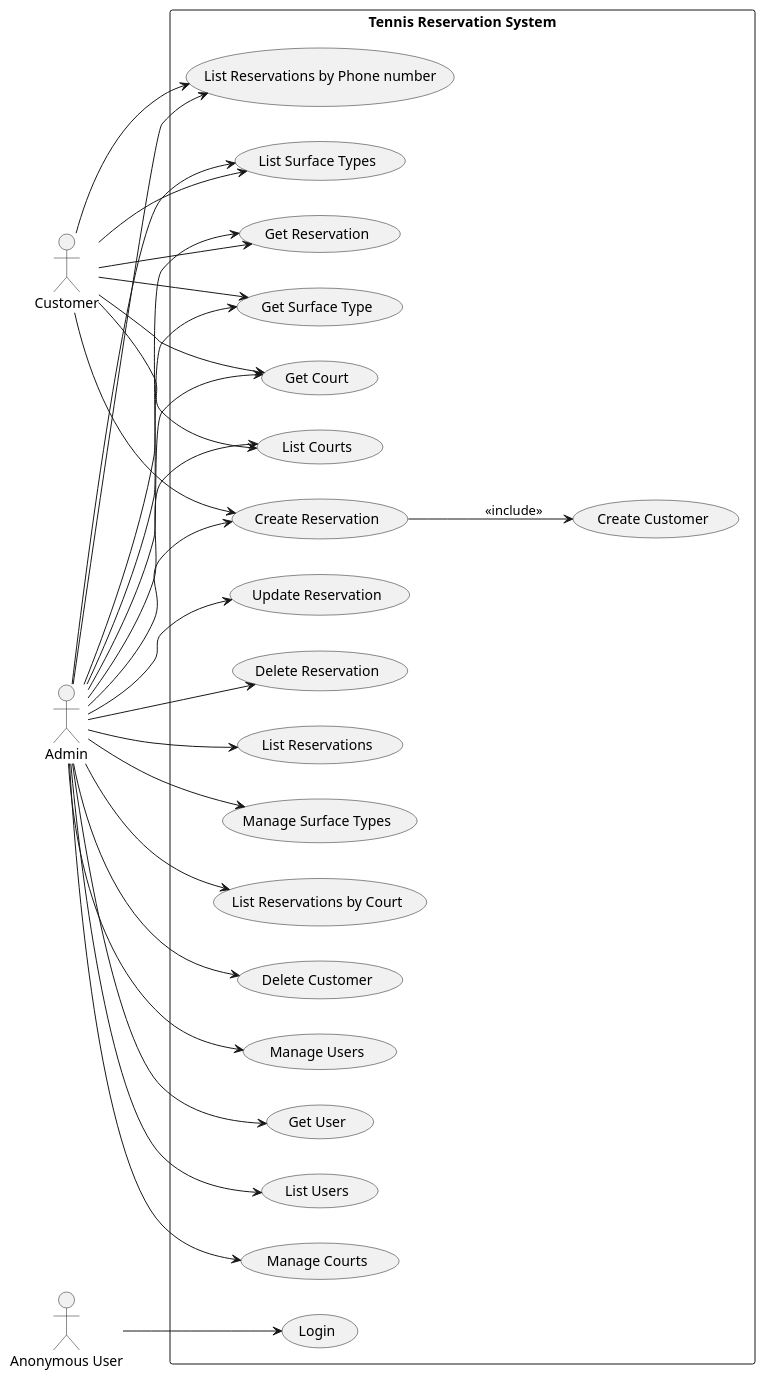
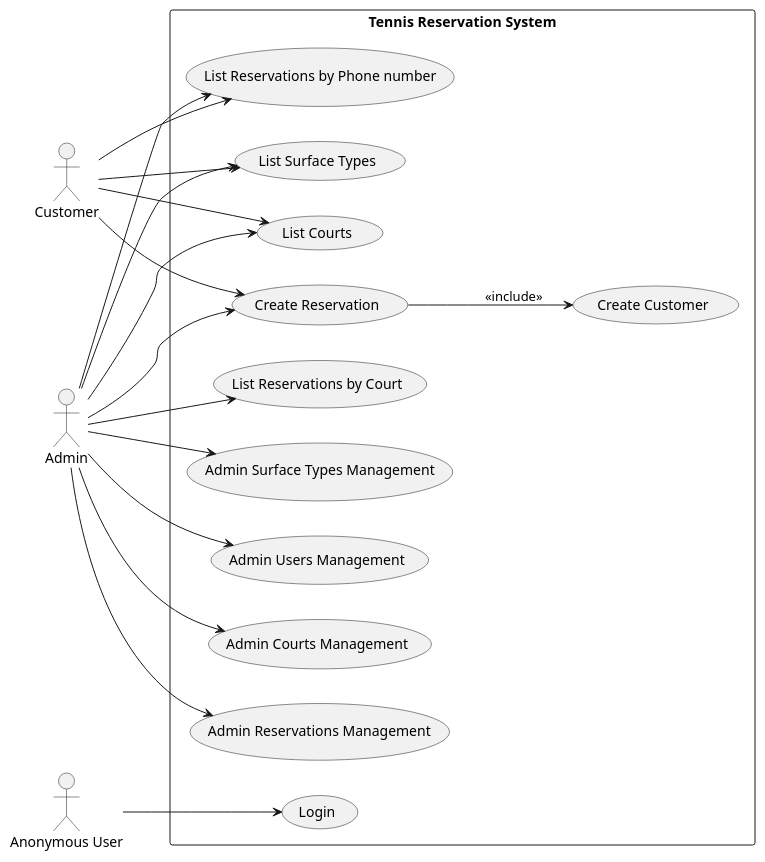
Before and after one commit to tondracek/inqool-tennis: the diagram in docs/diagram/usecase.puml, drawn with PlantUML.

Commit message:
feat: simplified usecase.puml

```diff
--- a/docs/diagram/usecase.puml
+++ b/docs/diagram/usecase.puml
@@ -1,89 +1,66 @@
 @startuml
 
 left to right direction
 skinparam packageStyle rectangle
 
 actor "Customer" as Customer
 actor "Admin" as Admin
 actor "Anonymous User" as Anonymous
 
 rectangle "Tennis Reservation System" {
 
   ' AUTH '
   usecase "Login" as UC_Login
 
   ' COURT MANAGEMENT '
-  usecase "Manage Courts" as UC_ManageCourts
-  usecase "Get Court" as UC_GetCourt
+  usecase "Admin Courts Management" as UC_ManageCourts
   usecase "List Courts" as UC_ListCourts
 
   ' RESERVATION MANAGEMENT '
+  usecase "Admin Reservations Management" as UC_ManageReservations
   usecase "Create Reservation" as UC_CreateReservation
-  usecase "Update Reservation" as UC_UpdateReservation
-  usecase "Delete Reservation" as UC_DeleteReservation
-  usecase "Get Reservation" as UC_GetReservation
-  usecase "List Reservations" as UC_ListReservations
   usecase "List Reservations by Court" as UC_ListReservationsByCourt
   usecase "List Reservations by Phone number" as UC_ListReservationsByPhone
 
   ' SURFACE TYPE MANAGEMENT '
-  usecase "Manage Surface Types" as UC_ManageSurfaceTypes
-  usecase "Get Surface Type" as UC_GetSurfaceType
+  usecase "Admin Surface Types Management" as UC_ManageSurfaceTypes
   usecase "List Surface Types" as UC_ListSurfaceTypes
 
 	' CUSTOMER MANAGEMENT '
   usecase "Create Customer" as UC_CreateCustomer
-  usecase "Delete Customer" as UC_DeleteCustomer
 
   ' USER MANAGEMENT (Admin only) '
-  usecase "Manage Users" as UC_ManageUsers
-  usecase "Get User" as UC_GetUser
-  usecase "List Users" as UC_ListUsers
+  usecase "Admin Users Management" as UC_ManageUsers
 
   ' RELATIONS '
 	UC_CreateReservation --> UC_CreateCustomer : <<include>>
 }
 
+' AUTH '
 Anonymous --> UC_Login
 
-' CUSTOMER - COURT '
-Customer --> UC_GetCourt
+' COURT '
+Admin --> UC_ManageCourts
+Admin --> UC_ListCourts
+
 Customer --> UC_ListCourts
 
-' CUSTOMER - RESERVATION '
-Customer --> UC_CreateReservation
-Customer --> UC_GetReservation
-Customer --> UC_ListReservationsByPhone
-
-' CUSTOMER - SURFACE TYPE '
-Customer --> UC_GetSurfaceType
-Customer --> UC_ListSurfaceTypes
-
-' ADMIN - COURT '
-Admin --> UC_ManageCourts
-Admin --> UC_GetCourt
-Admin --> UC_ListCourts
-
-' ADMIN - RESERVATION '
+' RESERVATION '
+Admin --> UC_ManageReservations
 Admin --> UC_CreateReservation
-Admin --> UC_UpdateReservation
-Admin --> UC_DeleteReservation
-Admin --> UC_GetReservation
-Admin --> UC_ListReservations
 Admin --> UC_ListReservationsByCourt
 Admin --> UC_ListReservationsByPhone
 
-' ADMIN - SURFACE TYPE '
+Customer --> UC_CreateReservation
+Customer --> UC_ListReservationsByPhone
+
+' SURFACE TYPE '
 Admin --> UC_ManageSurfaceTypes
-Admin --> UC_GetSurfaceType
 Admin --> UC_ListSurfaceTypes
 
-' ADMIN - CUSTOMER '
-Admin --> UC_DeleteCustomer
+Customer --> UC_ListSurfaceTypes
 
-' ADMIN - USER '
+' USER '
 Admin --> UC_ManageUsers
-Admin --> UC_GetUser
-Admin --> UC_ListUsers
 
 @enduml
```
